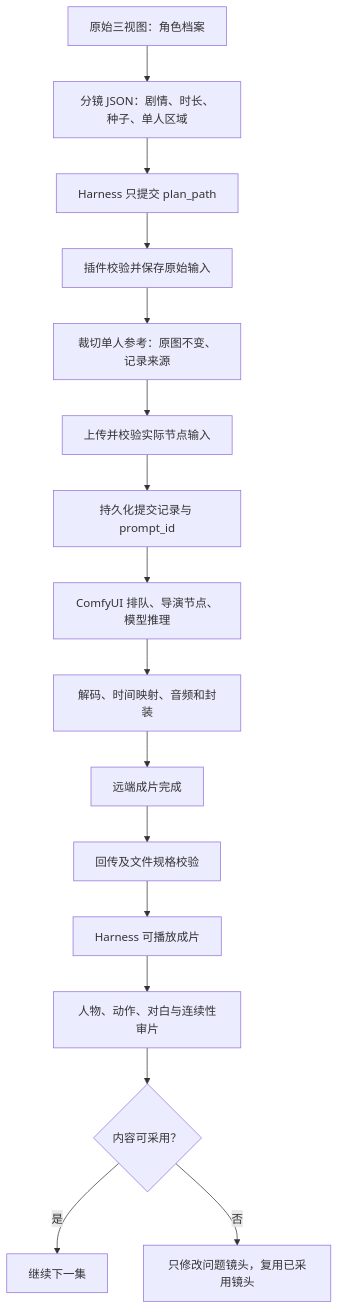
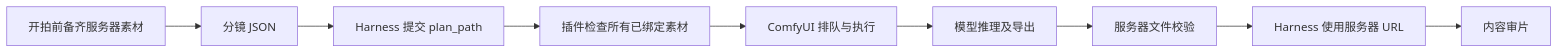
The diagram in docs/director-pipeline-audit.md (senbenyi/meiji-harness), drawn with Mermaid before and after one commit. The commit also changed other lines of this file and 15 other files, not shown here.

````diff
--- a/docs/director-pipeline-audit.md
+++ b/docs/director-pipeline-audit.md
@@ -72,18 +16,11 @@
 ```mermaid
-flowchart TD
-    A[原始三视图：角色档案] --> B[分镜 JSON：剧情、时长、种子、单人区域]
-    B --> C[Harness 只提交 plan_path]
-    C --> D[插件校验并保存原始输入]
-    D --> E[裁切单人参考：原图不变、记录来源]
-    E --> F[上传并校验实际节点输入]
-    F --> G[持久化提交记录与 prompt_id]
-    G --> H[ComfyUI 排队、导演节点、模型推理]
-    H --> I[解码、时间映射、音频和封装]
-    I --> J[远端成片完成]
-    J --> K[回传及文件规格校验]
-    K --> L[Harness 可播放成片]
-    L --> M[人物、动作、对白与连续性审片]
-    M --> N{内容可采用？}
-    N -->|是| O[继续下一集]
-    N -->|否| P[只修改问题镜头，复用已采用镜头]
+flowchart LR
+  A[开拍前备齐服务器素材] --> B[分镜 JSON]
+  B --> C[Harness 提交 plan_path]
+  C --> D[插件检查所有已绑定素材]
+  D --> E[ComfyUI 排队与执行]
+  E --> F[模型推理及导出]
+  F --> G[服务器文件校验]
+  G --> H[Harness 使用服务器 URL]
+  H --> I[内容审片]
 ```
````
